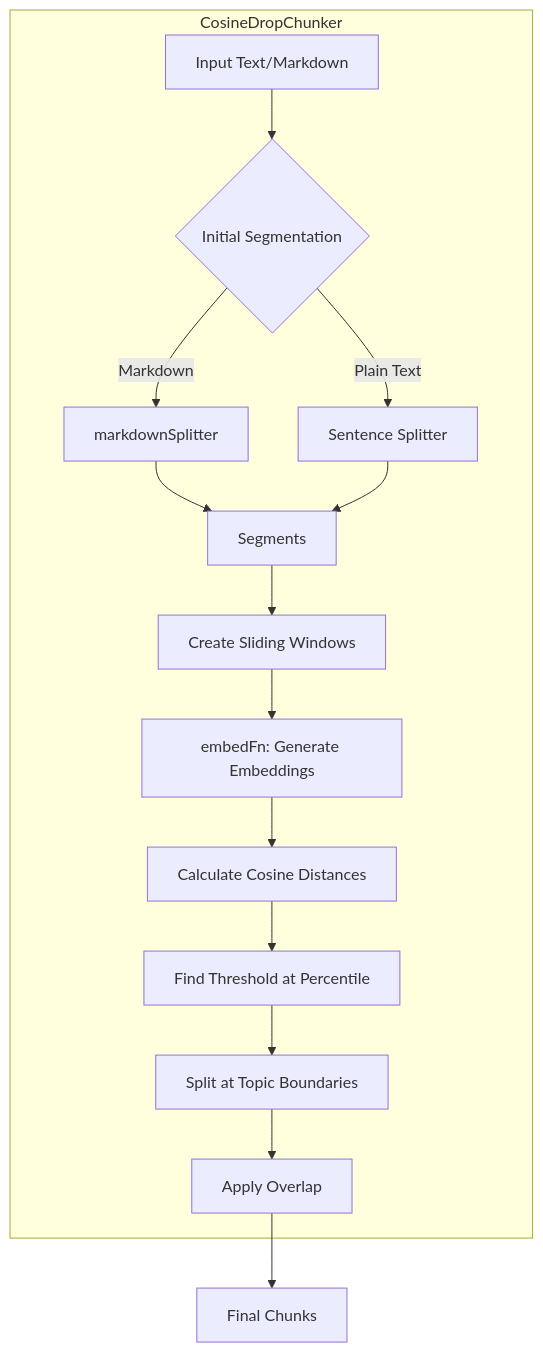
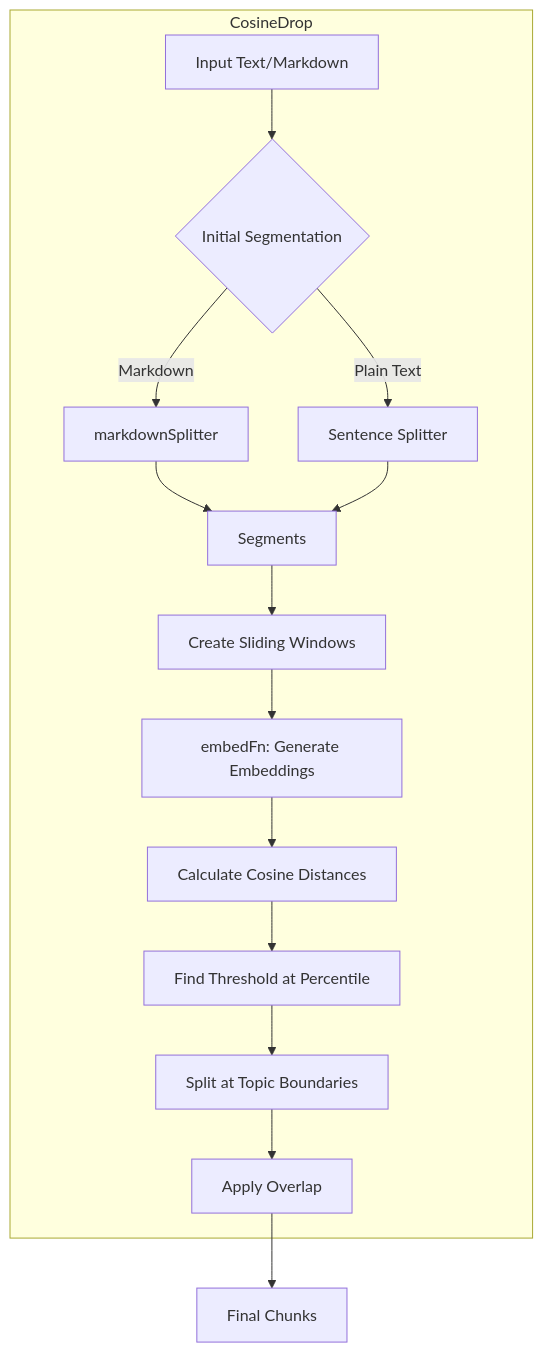
One commit to pipewrk/llm-core changed the diagram in CHUNKER.md. Above: the diagram before and after it, drawn with Mermaid. The commit also changed other lines of this file and 3 other files, not shown here.

````diff
--- a/CHUNKER.md
+++ b/CHUNKER.md
@@ -9,18 +9,18 @@
 ```mermaid
 flowchart TD
-    subgraph CosineDropChunker
+    subgraph CosineDrop
         A[Input Text/Markdown] --> B{Initial Segmentation}
         B -- Markdown --> B1[markdownSplitter]
         B -- Plain Text --> B2[Sentence Splitter]
         B1 --> C[Segments]
         B2 --> C[Segments]
         C --> D[Create Sliding Windows]
         D --> E[embedFn: Generate Embeddings]
         E --> F[Calculate Cosine Distances]
         F --> G[Find Threshold at Percentile]
         G --> H[Split at Topic Boundaries]
         H --> I[Apply Overlap]
     end
     I --> J[Final Chunks]
 
 ```
````
